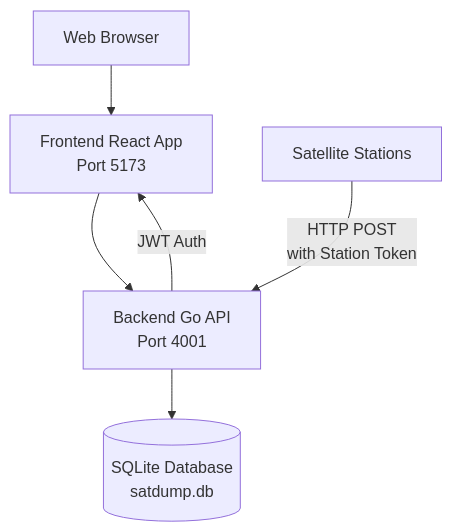
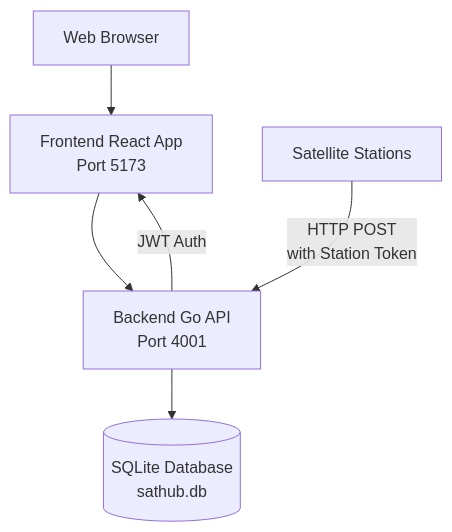
One commit to vleeuwenmenno/sathub changed the diagram in README.md. Above: the diagram before and after it, drawn with Mermaid. The commit also changed other lines of this file and 40 other files, not shown here.

````diff
--- a/README.md
+++ b/README.md
@@ -69,8 +69,8 @@
 ```mermaid
 graph TD
     A[Web Browser] --> B[Frontend React App<br/>Port 5173]
     B --> C[Backend Go API<br/>Port 4001]
-    C --> D[(SQLite Database<br/>satdump.db)]
+    C --> D[(SQLite Database<br/>sathub.db)]
     E[Satellite Stations] -->|HTTP POST<br/>with Station Token| C
     C -->|JWT Auth| B
 ```
````
